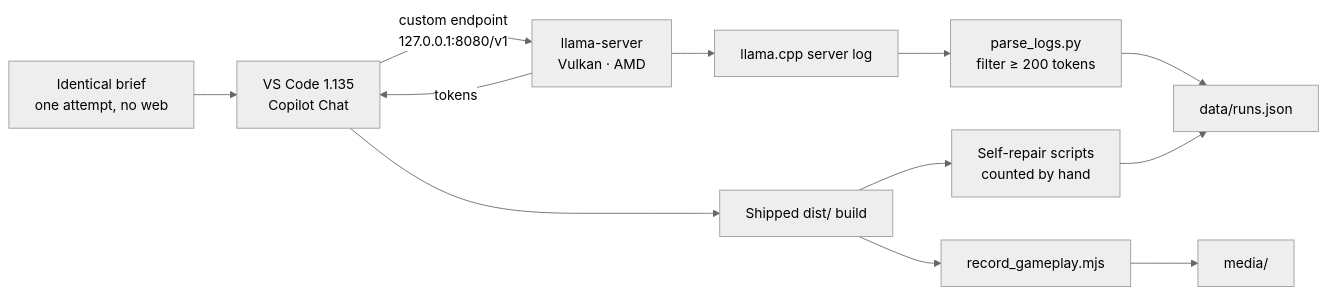
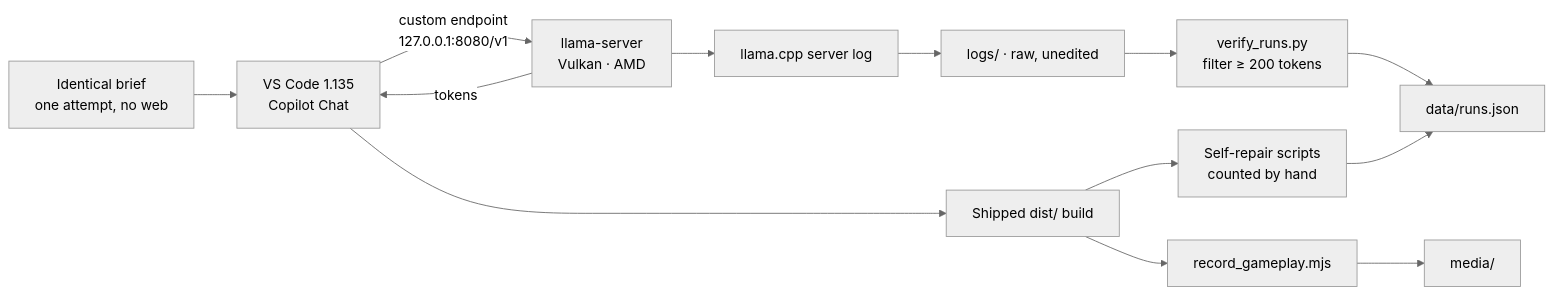
Before and after one commit to KaiFelixBennett/local-ai-amd-benchmark: the diagram in README.md, drawn with Mermaid (neutral theme). The commit also changed other lines of this file and 26 other files, not shown here.

First line of the commit message:
Belegpflicht: jede Zahl mit Rohprotokoll, verify_runs.py rechnet nach

````diff
--- a/README.md
+++ b/README.md
@@ -326,14 +328,15 @@
 ```mermaid
 flowchart LR
   P["Identical brief<br/>one attempt, no web"] --> V["VS Code 1.135<br/>Copilot Chat"]
   V -- "custom endpoint<br/>127.0.0.1:8080/v1" --> L["llama-server<br/>Vulkan · AMD"]
   L -- "tokens" --> V
   L --> G["llama.cpp server log"]
   V --> B["Shipped dist/ build"]
-  G --> S["parse_logs.py<br/>filter ≥ 200 tokens"]
+  G --> C["logs/ · raw, unedited"]
+  C --> S["verify_runs.py<br/>filter ≥ 200 tokens"]
   S --> J["data/runs.json"]
   B --> R["record_gameplay.mjs"]
   R --> M["media/"]
   B --> F["Self-repair scripts<br/>counted by hand"]
   F --> J
 ```
````
